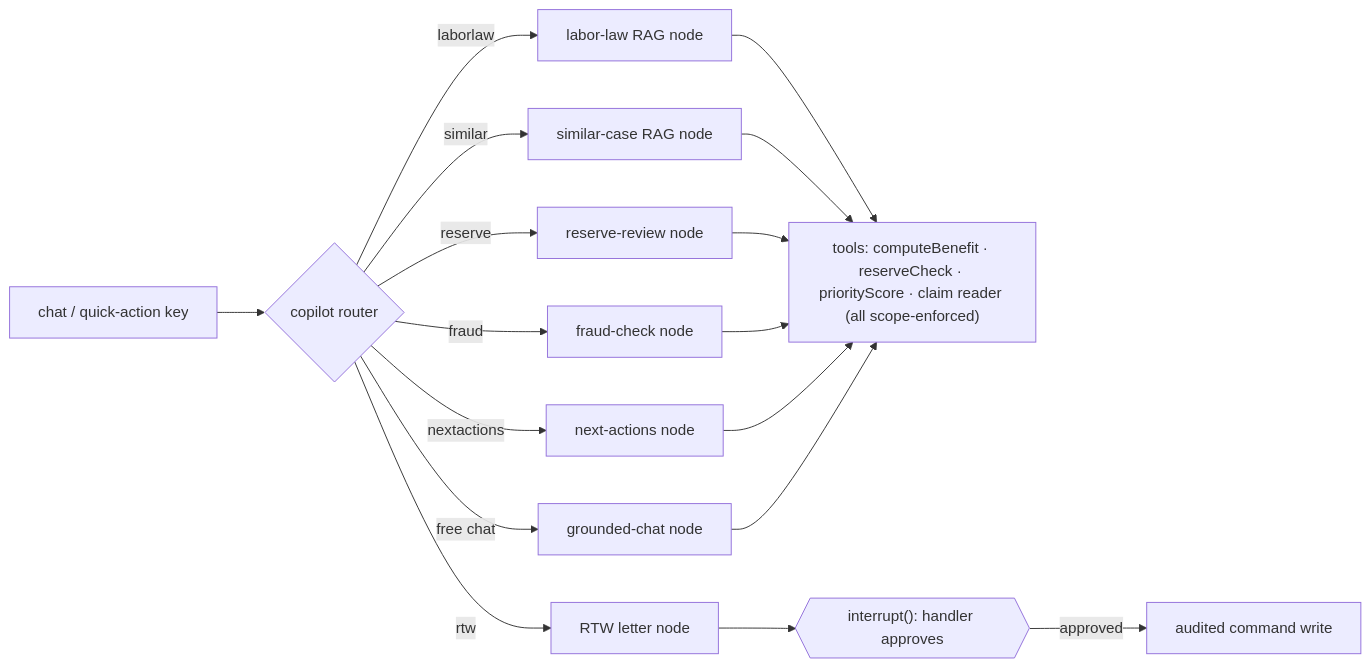
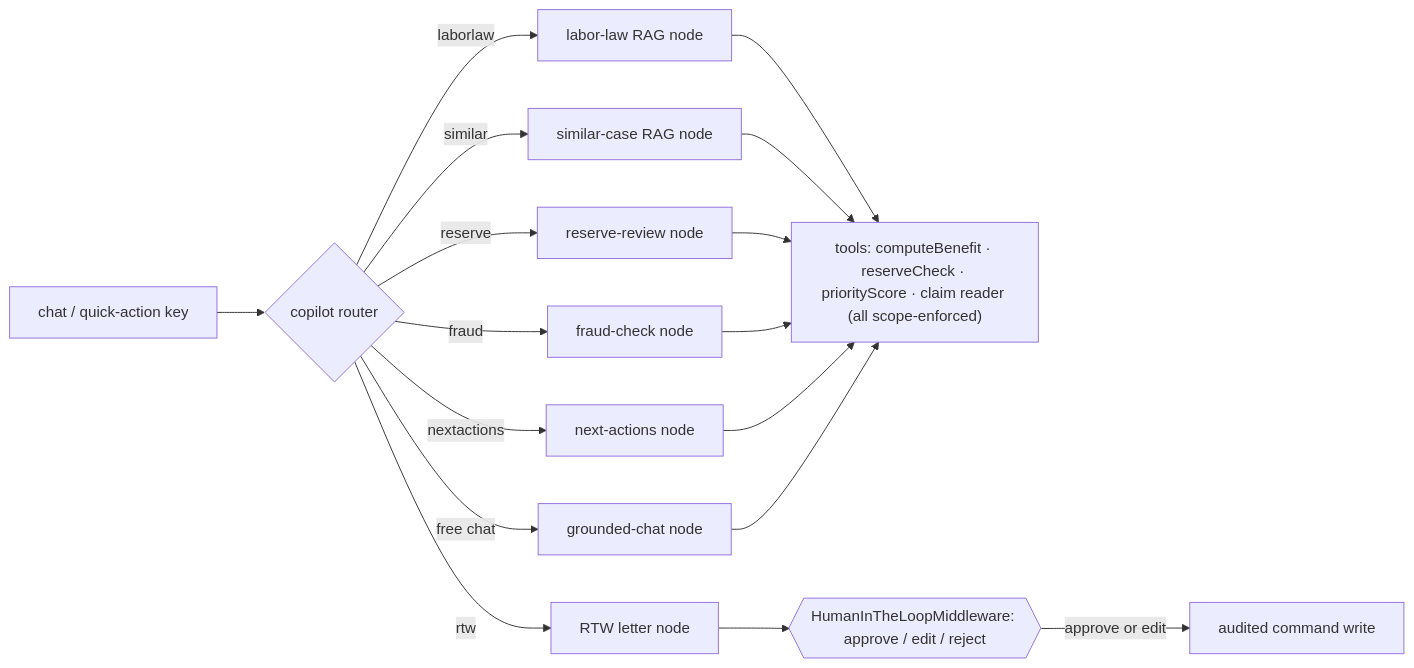
The third of 4 diagrams in docs/Architecture-LINEWORKER.md (jebaponselvasingh/Workers_Comp_Prototype), drawn with Mermaid before and after one commit. The commit also changed other lines of this file and 11 other files, not shown here.

First line of the commit message:
Architecture v1.4: agent-runtime modernization + gate remediation

````diff
--- a/docs/Architecture-LINEWORKER.md
+++ b/docs/Architecture-LINEWORKER.md
@@ -168,14 +169,14 @@
 ```mermaid
 graph LR
   IN["chat / quick-action key"] --> R{"copilot router"}
   R -->|laborlaw| LL["labor-law RAG node"]
   R -->|similar| SC["similar-case RAG node"]
   R -->|reserve| RV["reserve-review node"]
   R -->|fraud| FR["fraud-check node"]
   R -->|nextactions| NA["next-actions node"]
   R -->|rtw| RTW["RTW letter node"]
   R -->|free chat| CH["grounded-chat node"]
   LL & SC & RV & FR & NA & CH --> T["tools: computeBenefit · reserveCheck · priorityScore · claim reader (all scope-enforced)"]
-  RTW --> HITL{{"interrupt(): handler approves"}}
-  HITL -->|approved| W["audited command write"]
+  RTW --> HITL{{"HumanInTheLoopMiddleware: approve / edit / reject"}}
+  HITL -->|approve or edit| W["audited command write"]
 ```
````
